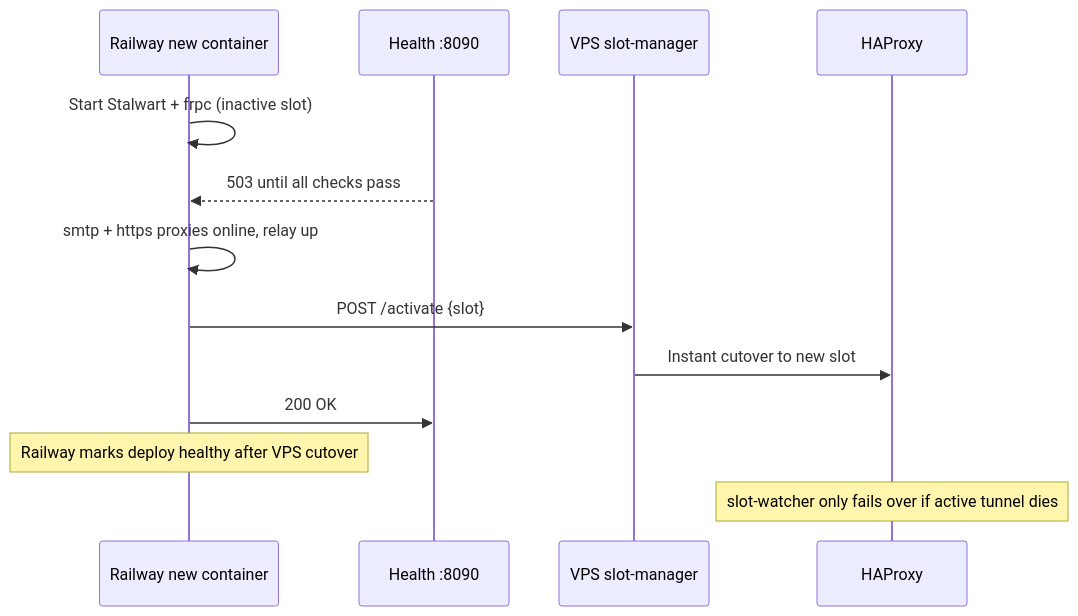
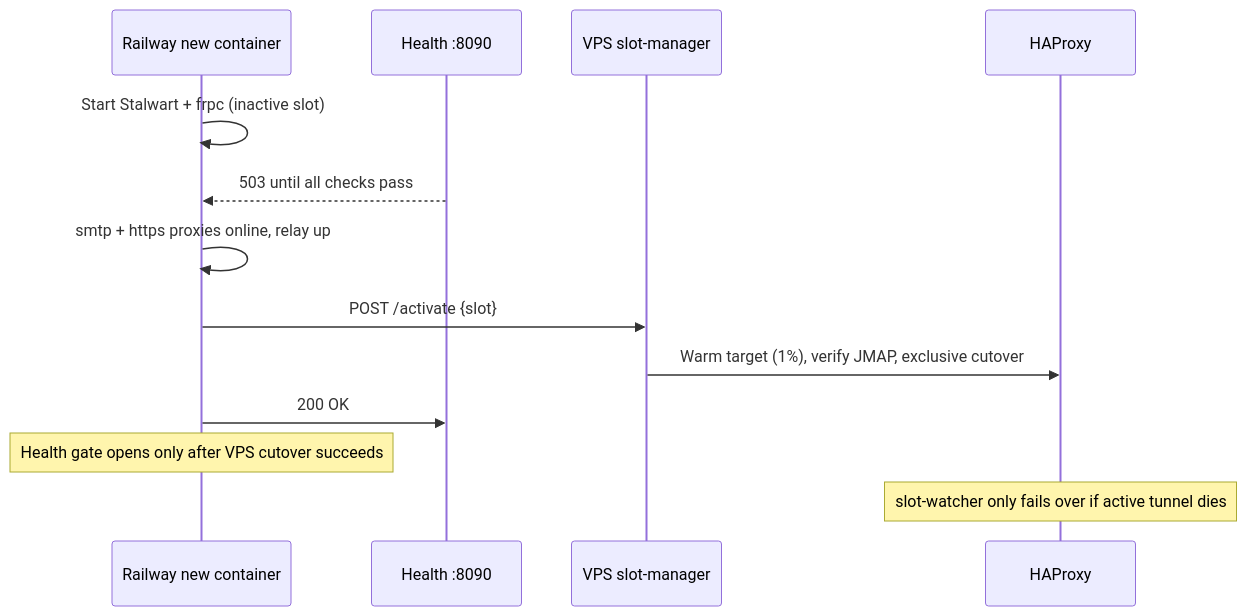
One commit to IIRoan/stalwart changed the fourth of 4 diagrams in README.md. Above: the diagram before and after it, drawn with Mermaid. The commit also changed other lines of this file and 2 other files, not shown here.

Commit message:
Document blue/green cutover behavior and correct switch script path.
Explain warm-weight failover, the stalwart-switch-slot install gotcha, and
align haproxy-sync-active-slot with the path slot-manager actually invokes.

````diff
--- a/README.md
+++ b/README.md
@@ -107,16 +107,16 @@
 ```mermaid
 sequenceDiagram
     participant R as Railway new container
     participant H as Health :8090
     participant V as VPS slot-manager
     participant X as HAProxy
 
     R->>R: Start Stalwart + frpc (inactive slot)
     H-->>R: 503 until all checks pass
     R->>R: smtp + https proxies online, relay up
     R->>V: POST /activate {slot}
-    V->>X: Instant cutover to new slot
+    V->>X: Warm target (1%), verify JMAP, exclusive cutover
     R->>H: 200 OK
-    Note over R: Railway marks deploy healthy after VPS cutover
+    Note over R: Health gate opens only after VPS cutover succeeds
     Note over X: slot-watcher only fails over if active tunnel dies
 ```
````
